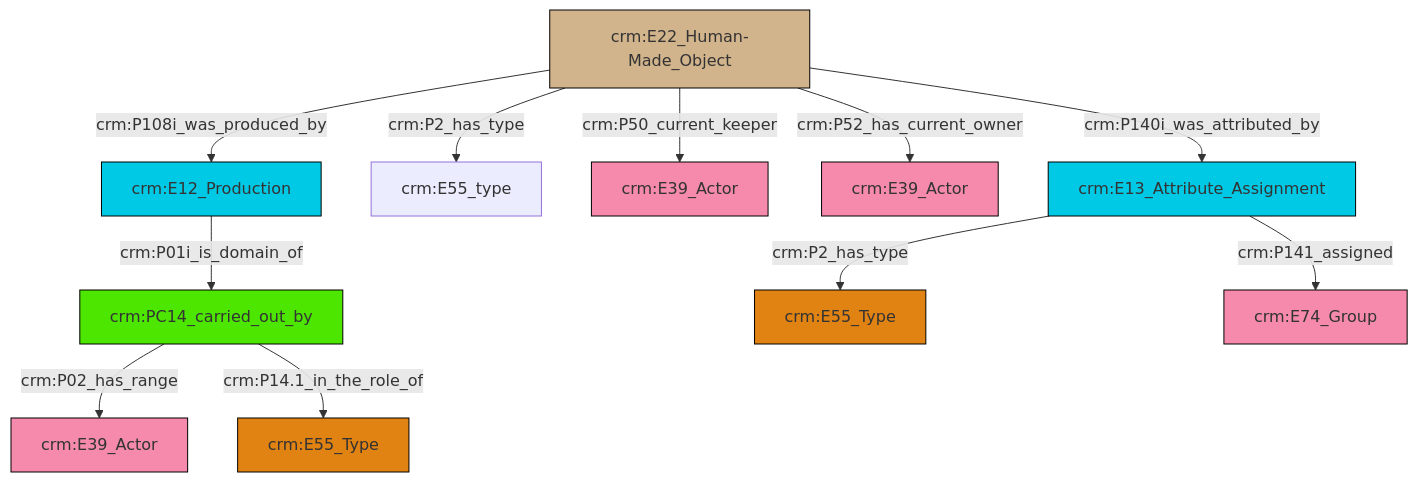
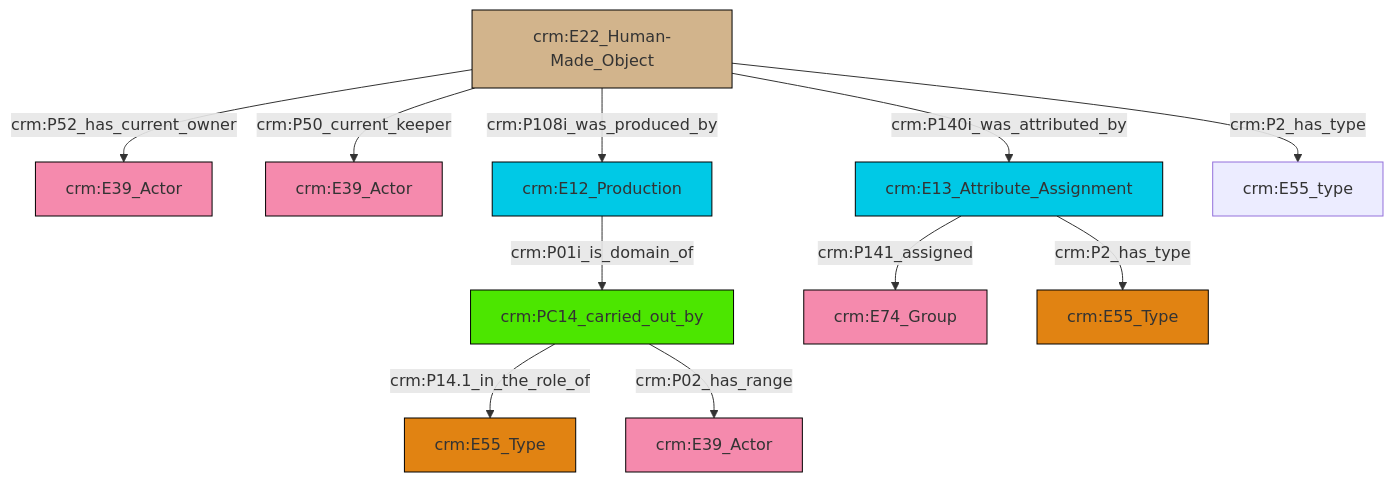
The diagram in et/artworkCSV/ttl/mmd/Artwork_Actor_Relations.ttl.mmd (swiss-art-research-net/reference-data-models), drawn with Mermaid before and after one commit. The commit also changed 129 other files, not shown here.

```diff
--- a/et/artworkCSV/ttl/mmd/Artwork_Actor_Relations.ttl.mmd
+++ b/et/artworkCSV/ttl/mmd/Artwork_Actor_Relations.ttl.mmd
@@ -1,25 +1,25 @@
 graph TD
 classDef Literal fill:#f2f2f2,stroke:#000000;
 classDef CRM_Entity fill:#FFFFFF,stroke:#000000;
 classDef Temporal_Entity fill:#00C9E6, stroke:#000000;
 classDef Type fill:#E18312, stroke:#000000;
 classDef Time-Span fill:#2C9C91, stroke:#000000;
 classDef Appellation fill:#FFEB7F, stroke:#000000;
 classDef Place fill:#008836, stroke:#000000;
 classDef Persistent_Item fill:#B266B2, stroke:#000000;
 classDef Conceptual_Object fill:#FFD700, stroke:#000000;
 classDef Physical_Thing fill:#D2B48C, stroke:#000000;
 classDef Actor fill:#f58aad, stroke:#000000;
 classDef PC_Classes fill:#4ce600, stroke:#000000;
 classDef Multi fill:#cccccc,stroke:#000000;
 
-2["crm:E22_Human-Made_Object"]:::Physical_Thing -->|crm:P108i_was_produced_by| 3["crm:E12_Production"]:::Temporal_Entity
-2["crm:E22_Human-Made_Object"]:::Physical_Thing -->|crm:P2_has_type| 4["crm:E55_type"]:::Default
-2["crm:E22_Human-Made_Object"]:::Physical_Thing -->|crm:P50_current_keeper| 6["crm:E39_Actor"]:::Actor
-7["crm:E13_Attribute_Assignment"]:::Temporal_Entity -->|crm:P2_has_type| 8["crm:E55_Type"]:::Type
-2["crm:E22_Human-Made_Object"]:::Physical_Thing -->|crm:P52_has_current_owner| 13["crm:E39_Actor"]:::Actor
-2["crm:E22_Human-Made_Object"]:::Physical_Thing -->|crm:P140i_was_attributed_by| 7["crm:E13_Attribute_Assignment"]:::Temporal_Entity
-3["crm:E12_Production"]:::Temporal_Entity -->|crm:P01i_is_domain_of| 9["crm:PC14_carried_out_by"]:::PC_Classes
-9["crm:PC14_carried_out_by"]:::PC_Classes -->|crm:P02_has_range| 17["crm:E39_Actor"]:::Actor
-7["crm:E13_Attribute_Assignment"]:::Temporal_Entity -->|crm:P141_assigned| 11["crm:E74_Group"]:::Actor
-9["crm:PC14_carried_out_by"]:::PC_Classes -->|crm:P14.1_in_the_role_of| 0["crm:E55_Type"]:::Type
+2["crm:E22_Human-Made_Object"]:::Physical_Thing -->|crm:P52_has_current_owner| 3["crm:E39_Actor"]:::Actor
+8["crm:PC14_carried_out_by"]:::PC_Classes -->|crm:P14.1_in_the_role_of| 0["crm:E55_Type"]:::Type
+2["crm:E22_Human-Made_Object"]:::Physical_Thing -->|crm:P108i_was_produced_by| 9["crm:E12_Production"]:::Temporal_Entity
+2["crm:E22_Human-Made_Object"]:::Physical_Thing -->|crm:P2_has_type| 16["crm:E55_type"]:::Default
+2["crm:E22_Human-Made_Object"]:::Physical_Thing -->|crm:P140i_was_attributed_by| 12["crm:E13_Attribute_Assignment"]:::Temporal_Entity
+9["crm:E12_Production"]:::Temporal_Entity -->|crm:P01i_is_domain_of| 8["crm:PC14_carried_out_by"]:::PC_Classes
+12["crm:E13_Attribute_Assignment"]:::Temporal_Entity -->|crm:P2_has_type| 18["crm:E55_Type"]:::Type
+8["crm:PC14_carried_out_by"]:::PC_Classes -->|crm:P02_has_range| 6["crm:E39_Actor"]:::Actor
+12["crm:E13_Attribute_Assignment"]:::Temporal_Entity -->|crm:P141_assigned| 10["crm:E74_Group"]:::Actor
+2["crm:E22_Human-Made_Object"]:::Physical_Thing -->|crm:P50_current_keeper| 4["crm:E39_Actor"]:::Actor
```
